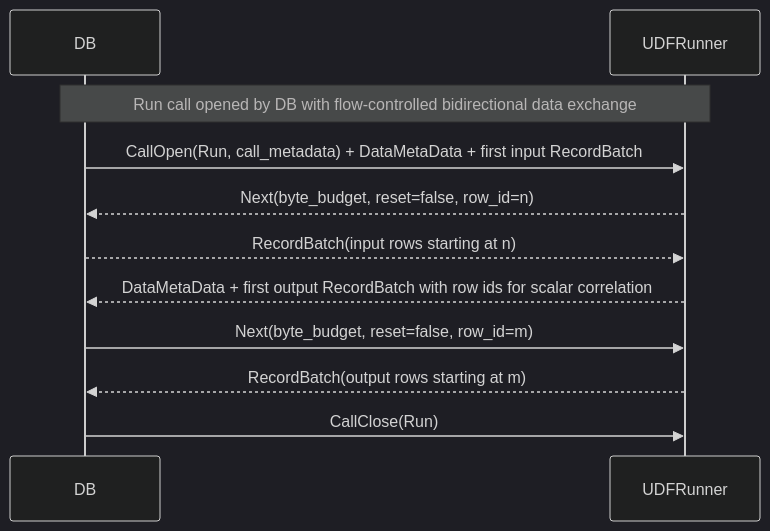
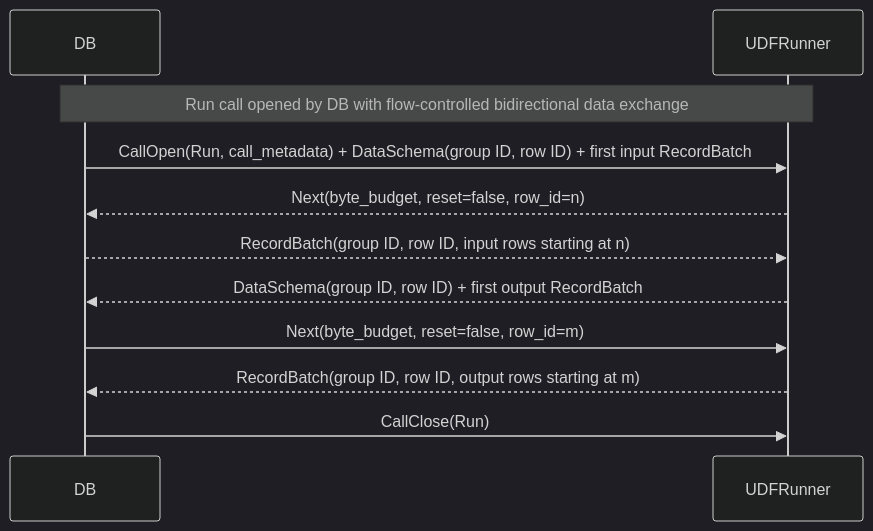
One commit to exasol/udf-runner-cpp changed the diagram in doc/design/v2/udf_protocol_high_level_run_sequence.mmd. Above: the diagram before and after it, drawn with Mermaid (dark theme). The commit also changed 3 other files, not shown here.

Commit message:
protocol: add run batch correlation

```diff
--- a/doc/design/v2/udf_protocol_high_level_run_sequence.mmd
+++ b/doc/design/v2/udf_protocol_high_level_run_sequence.mmd
@@ -1,13 +1,13 @@
 sequenceDiagram
     participant DB
     participant UDFRunner
 
     Note over DB,UDFRunner: Run call opened by DB with flow-controlled bidirectional data exchange
 
-    DB->>UDFRunner: CallOpen(Run, call_metadata) + DataMetaData + first input RecordBatch
+    DB->>UDFRunner: CallOpen(Run, call_metadata) + DataSchema(group ID, row ID) + first input RecordBatch
     UDFRunner-->>DB: Next(byte_budget, reset=false, row_id=n)
-    DB-->>UDFRunner: RecordBatch(input rows starting at n)
-    UDFRunner-->>DB: DataMetaData + first output RecordBatch with row ids for scalar correlation
+    DB-->>UDFRunner: RecordBatch(group ID, row ID, input rows starting at n)
+    UDFRunner-->>DB: DataSchema(group ID, row ID) + first output RecordBatch
     DB->>UDFRunner: Next(byte_budget, reset=false, row_id=m)
-    UDFRunner-->>DB: RecordBatch(output rows starting at m)
+    UDFRunner-->>DB: RecordBatch(group ID, row ID, output rows starting at m)
     DB->>UDFRunner: CallClose(Run)
```
